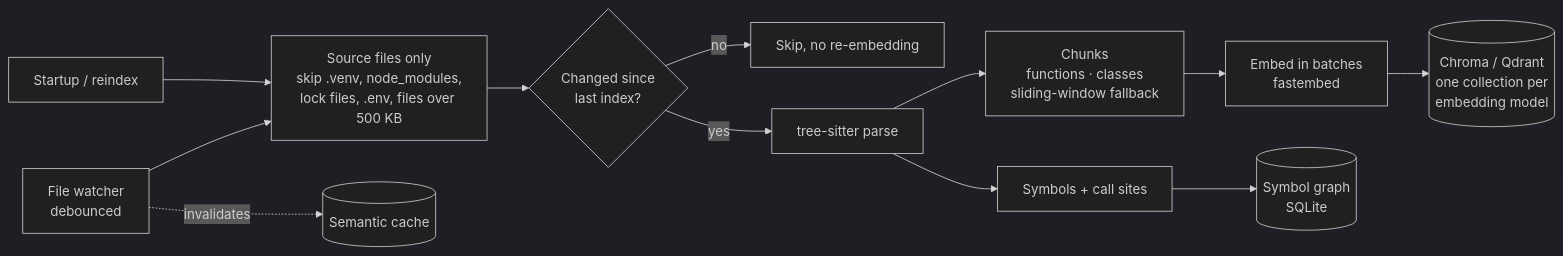
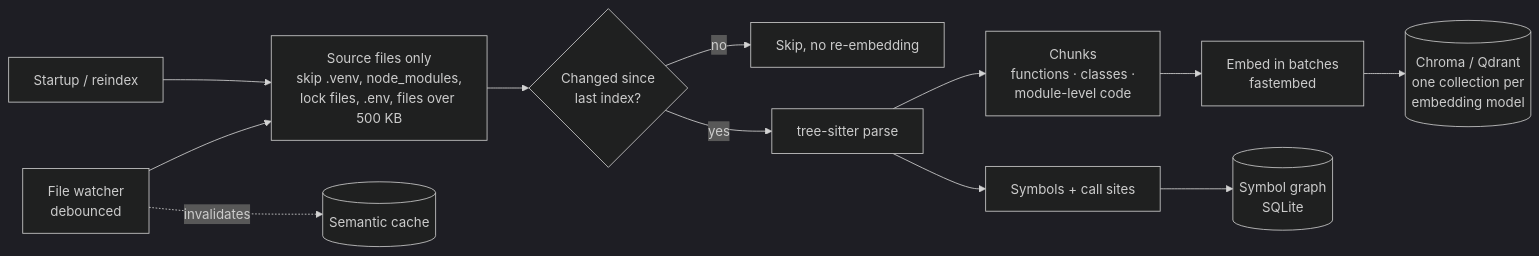
One commit to Parth-Babariya/RepoPilot changed the fifth of 10 diagrams in README.md. Above: the diagram before and after it, drawn with Mermaid (dark theme). The commit also changed other lines of this file and 17 other files, not shown here.

First line of the commit message:
Fewer model calls per answer: index module-level code, initial search, repeat guard

````diff
--- a/README.md
+++ b/README.md
@@ -278,13 +285,13 @@
 ```mermaid
 flowchart LR
     start["Startup / reindex"] --> filt
     watch["File watcher<br/>debounced"] --> filt
     filt["Source files only<br/>skip .venv, node_modules,<br/>lock files, .env, files over 500 KB"] --> chg{"Changed since<br/>last index?"}
     chg -- no --> skip["Skip, no re-embedding"]
     chg -- yes --> parse["tree-sitter parse"]
-    parse --> chunks["Chunks<br/>functions · classes<br/>sliding-window fallback"]
+    parse --> chunks["Chunks<br/>functions · classes ·<br/>module-level code"]
     parse --> syms["Symbols + call sites"]
     chunks --> emb["Embed in batches<br/>fastembed"] --> vs[("Chroma / Qdrant<br/>one collection per<br/>embedding model")]
     syms --> sg[("Symbol graph<br/>SQLite")]
     watch -. invalidates .-> cache[("Semantic cache")]
 ```
````
